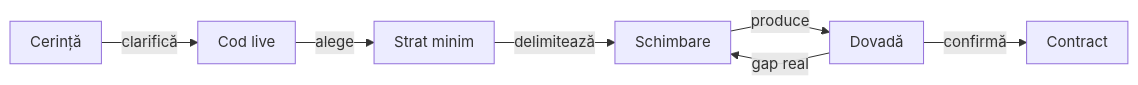
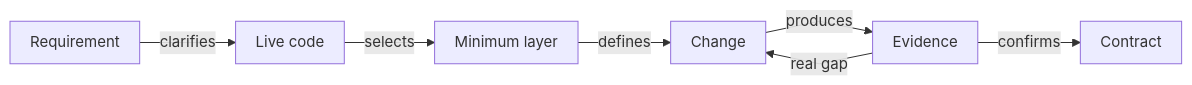
The fifth of 7 diagrams in README.md (crististefanita/atf_j1), drawn with Mermaid before and after one commit. The commit also changed other lines of this file and 83 other files, not shown here.

````diff
--- a/README.md
+++ b/README.md
@@ -248,17 +252,17 @@
 ```mermaid
 %%{init: {"themeVariables":{"fontSize":"15px"},"themeCSS":".nodeLabel, .nodeLabel p { font-size: 15px !important; line-height: 1.35 !important; } .edgeLabel, .edgeLabel p { font-size: 12px !important; font-weight: 400 !important; line-height: 1.2 !important; } .edgeLabel .labelBkg, .edgeLabel p { background: transparent !important; } .edgeLabel foreignObject { transform: translateY(-18px); overflow: visible; } .node rect { rx: 6px; ry: 6px; }","flowchart":{"curve":"linear","nodeSpacing":24,"rankSpacing":40,"padding":10,"diagramPadding":16}}}%%
 flowchart LR
-    Need[Cerință]
-    Inspect["Cod live"]
-    Layer[Strat minim]
-    Change["Schimbare"]
-    Verify["Dovadă"]
+    Need[Requirement]
+    Inspect["Live code"]
+    Layer[Minimum layer]
+    Change["Change"]
+    Verify["Evidence"]
     Harden["Contract"]
 
-    Need -->|clarifică| Inspect
-    Inspect -->|alege| Layer
-    Layer -->|delimitează| Change
-    Change -->|produce| Verify
-    Verify -->|gap real| Change
-    Verify -->|confirmă| Harden
+    Need -->|clarifies| Inspect
+    Inspect -->|selects| Layer
+    Layer -->|defines| Change
+    Change -->|produces| Verify
+    Verify -->|real gap| Change
+    Verify -->|confirms| Harden
 ```
````
